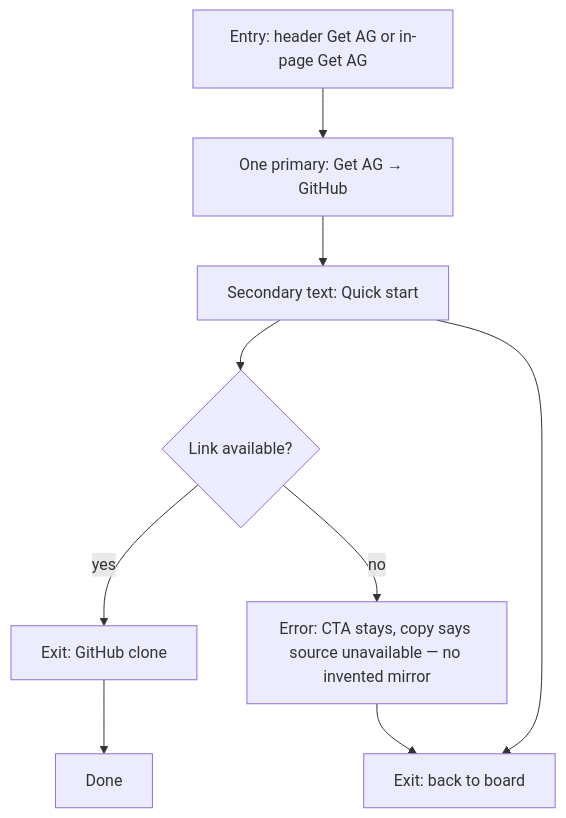
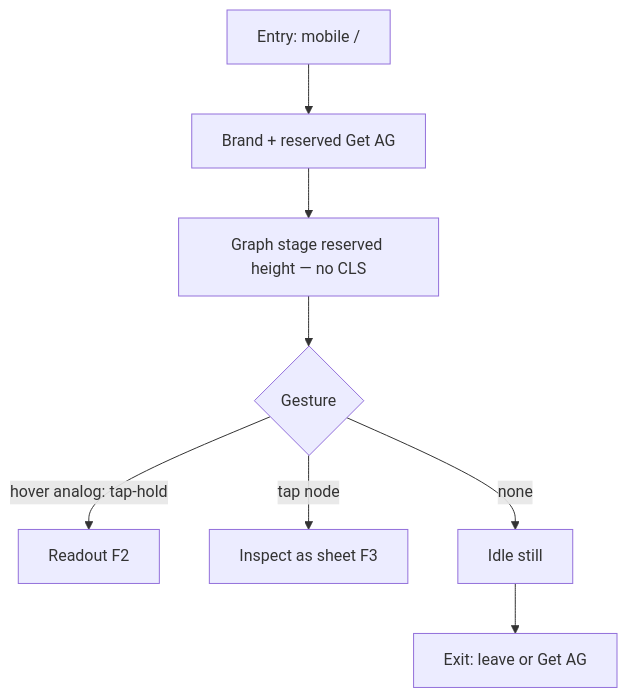
The fourth of 7 diagrams in dashboard/docs/ux/userflows.md (paulthorson/agentic-governance), drawn with Mermaid before and after one commit. The commit also changed other lines of this file and 11 other files, not shown here.

First line of the commit message:
UX: Check 7+8 living-graph splash

````diff
--- a/dashboard/docs/ux/userflows.md
+++ b/dashboard/docs/ux/userflows.md
@@ -81,11 +79,10 @@
 ```mermaid
 flowchart TD
-  E4[Entry: header Get AG or in-page Get AG] --> A1[One primary: Get AG → GitHub]
-  A1 --> A2[Secondary text: Quick start]
-  A2 --> A3{Link available?}
-  A3 -->|yes| A4[Exit: GitHub clone]
-  A3 -->|no| A5[Error: CTA stays, copy says source unavailable — no invented mirror]
-  A5 --> X1[Exit: back to board]
-  A4 --> X2[Done]
-  A2 --> X1
+  E4[Entry: mobile /] --> H1[Brand + reserved Get AG]
+  H1 --> S1[Graph stage reserved height — no CLS]
+  S1 --> S2{Gesture}
+  S2 -->|hover analog: tap-hold| F2[Readout F2]
+  S2 -->|tap node| F3[Inspect as sheet F3]
+  S2 -->|none| I1[Idle still]
+  I1 --> X1[Exit: leave or Get AG]
 ```
````
